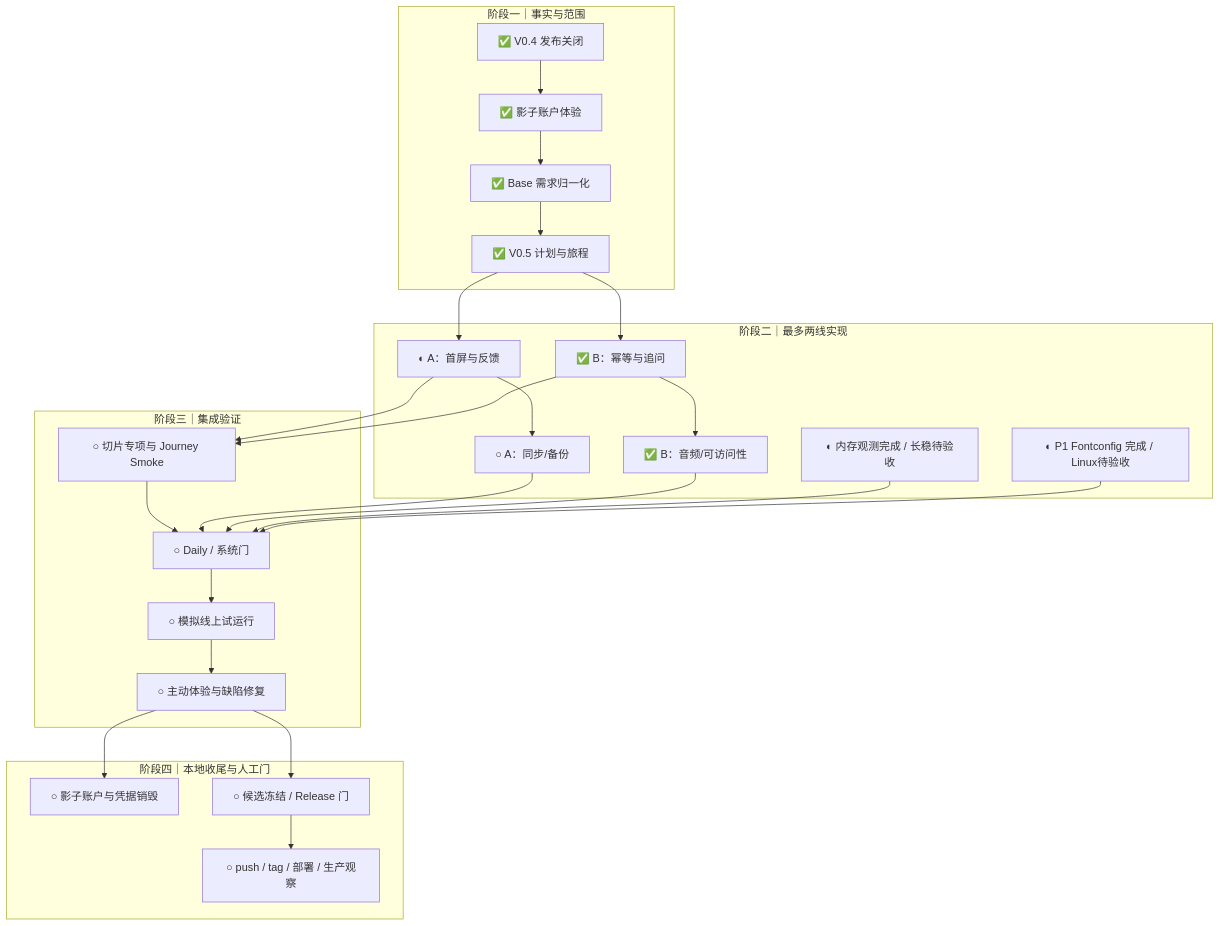
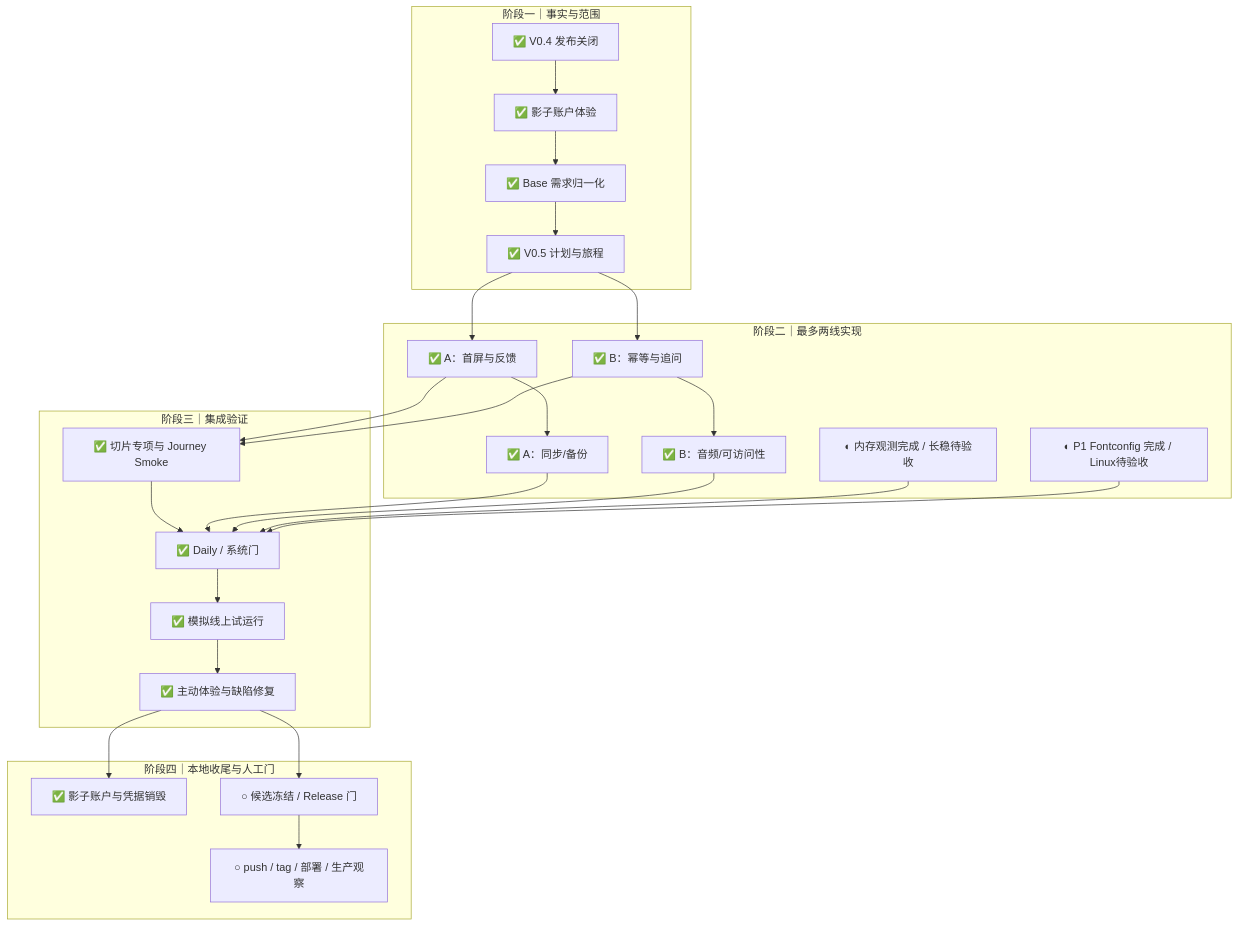
The diagram in reports/iteration-plan-v0.5.0-2026-10-03.md (77Liu/for-now), drawn with Mermaid before and after one commit. The commit also changed other lines of this file and 4 other files, not shown here.

````diff
--- a/reports/iteration-plan-v0.5.0-2026-10-03.md
+++ b/reports/iteration-plan-v0.5.0-2026-10-03.md
@@ -197,35 +197,35 @@
 ```mermaid
 flowchart TD
   subgraph BASE["阶段一｜事实与范围"]
     A["✅ V0.4 发布关闭"] --> B["✅ 影子账户体验"]
     B --> C["✅ Base 需求归一化"]
     C --> D["✅ V0.5 计划与旅程"]
   end
   subgraph BUILD["阶段二｜最多两线实现"]
-    E["◐ A：首屏与反馈"] --> F["○ A：同步/备份"]
+    E["✅ A：首屏与反馈"] --> F["✅ A：同步/备份"]
     G["✅ B：幂等与追问"] --> H["✅ B：音频/可访问性"]
     I["◐ 内存观测完成 / 长稳待验收"]
     Q["◐ P1 Fontconfig 完成 / Linux待验收"]
   end
   subgraph VERIFY["阶段三｜集成验证"]
-    J["○ 切片专项与 Journey Smoke"] --> K["○ Daily / 系统门"]
-    K --> L["○ 模拟线上试运行"]
-    L --> M["○ 主动体验与缺陷修复"]
+    J["✅ 切片专项与 Journey Smoke"] --> K["✅ Daily / 系统门"]
+    K --> L["✅ 模拟线上试运行"]
+    L --> M["✅ 主动体验与缺陷修复"]
   end
   subgraph CLOSE["阶段四｜本地收尾与人工门"]
-    N["○ 影子账户与凭据销毁"]
+    N["✅ 影子账户与凭据销毁"]
     O["○ 候选冻结 / Release 门"]
     P["○ push / tag / 部署 / 生产观察"]
   end
   D --> E
   D --> G
   E --> J
   G --> J
   F --> K
   H --> K
   I --> K
   Q --> K
   M --> N
   M --> O
   O --> P
 ```
````
